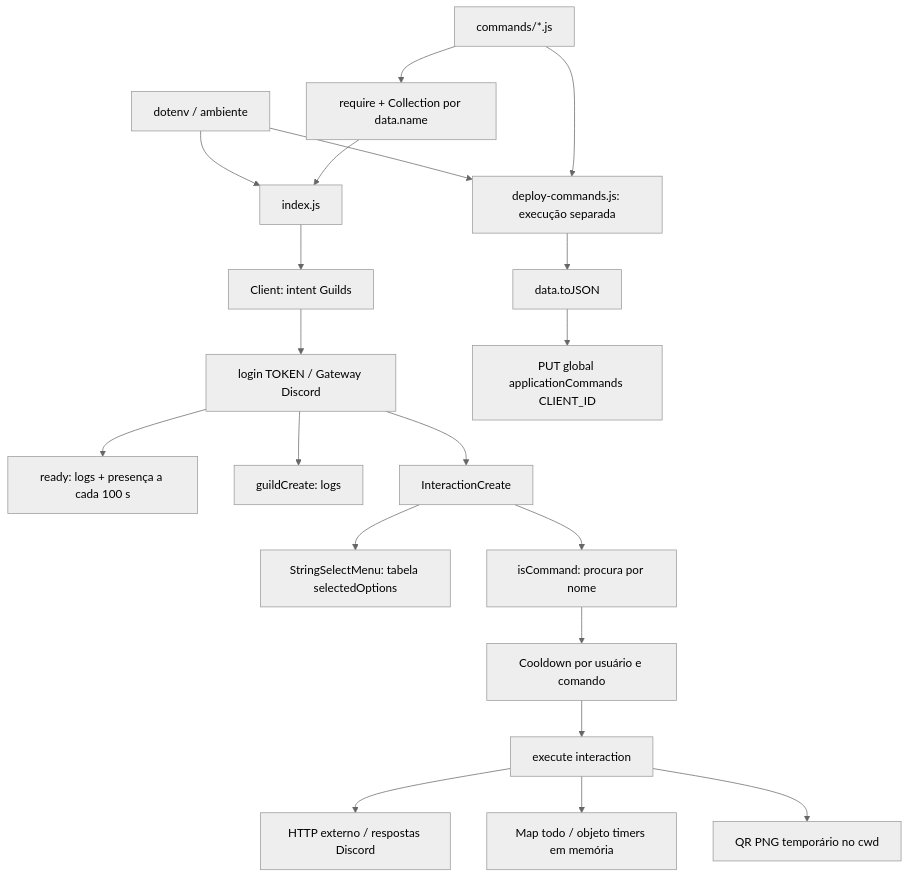
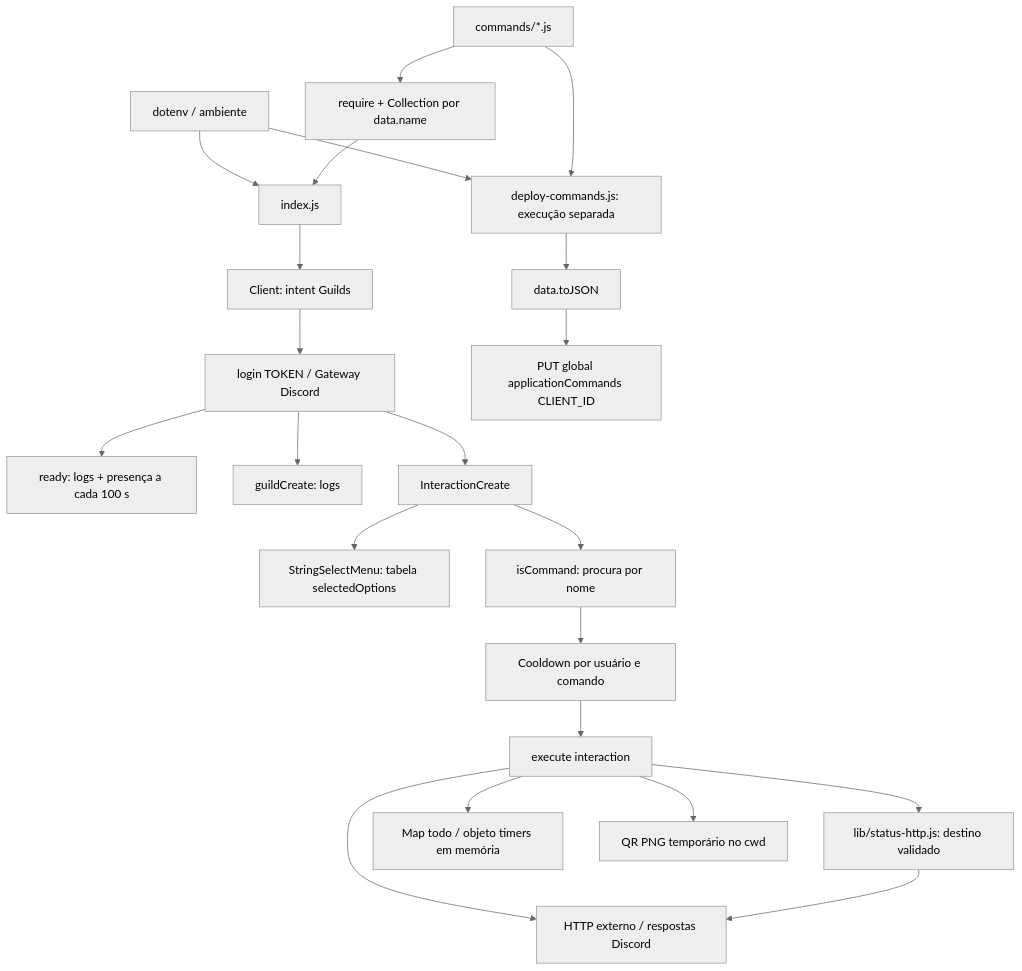
The diagram in docs/brain/ARCHITECTURE.md (emanuelsacoman/Bot-Estudos-Discord), drawn with Mermaid (neutral theme) before and after one commit. The commit also changed other lines of this file and 13 other files, not shown here.

````diff
--- a/docs/brain/ARCHITECTURE.md
+++ b/docs/brain/ARCHITECTURE.md
@@ -22,22 +24,24 @@
 ```mermaid
 flowchart TD
     Env[dotenv / ambiente] --> Runtime[index.js]
     Modules[commands/*.js] --> Loader[require + Collection por data.name]
     Loader --> Runtime
     Runtime --> Client[Client: intent Guilds]
     Client --> Login[login TOKEN / Gateway Discord]
     Login --> Ready[ready: logs + presença a cada 100 s]
     Login --> Guild[guildCreate: logs]
     Login --> Interaction[InteractionCreate]
     Interaction --> Select[StringSelectMenu: tabela selectedOptions]
     Interaction --> Slash[isCommand: procura por nome]
     Slash --> Cooldown[Cooldown por usuário e comando]
     Cooldown --> Execute[execute interaction]
     Execute --> APIs[HTTP externo / respostas Discord]
+    Execute --> Status[lib/status-http.js: destino validado]
+    Status --> APIs
     Execute --> Memory[Map todo / objeto timers em memória]
     Execute --> Files[QR PNG temporário no cwd]
     Env --> Register[deploy-commands.js: execução separada]
     Modules --> Register
     Register --> JSON[data.toJSON]
     JSON --> REST[PUT global applicationCommands CLIENT_ID]
 ```
````
